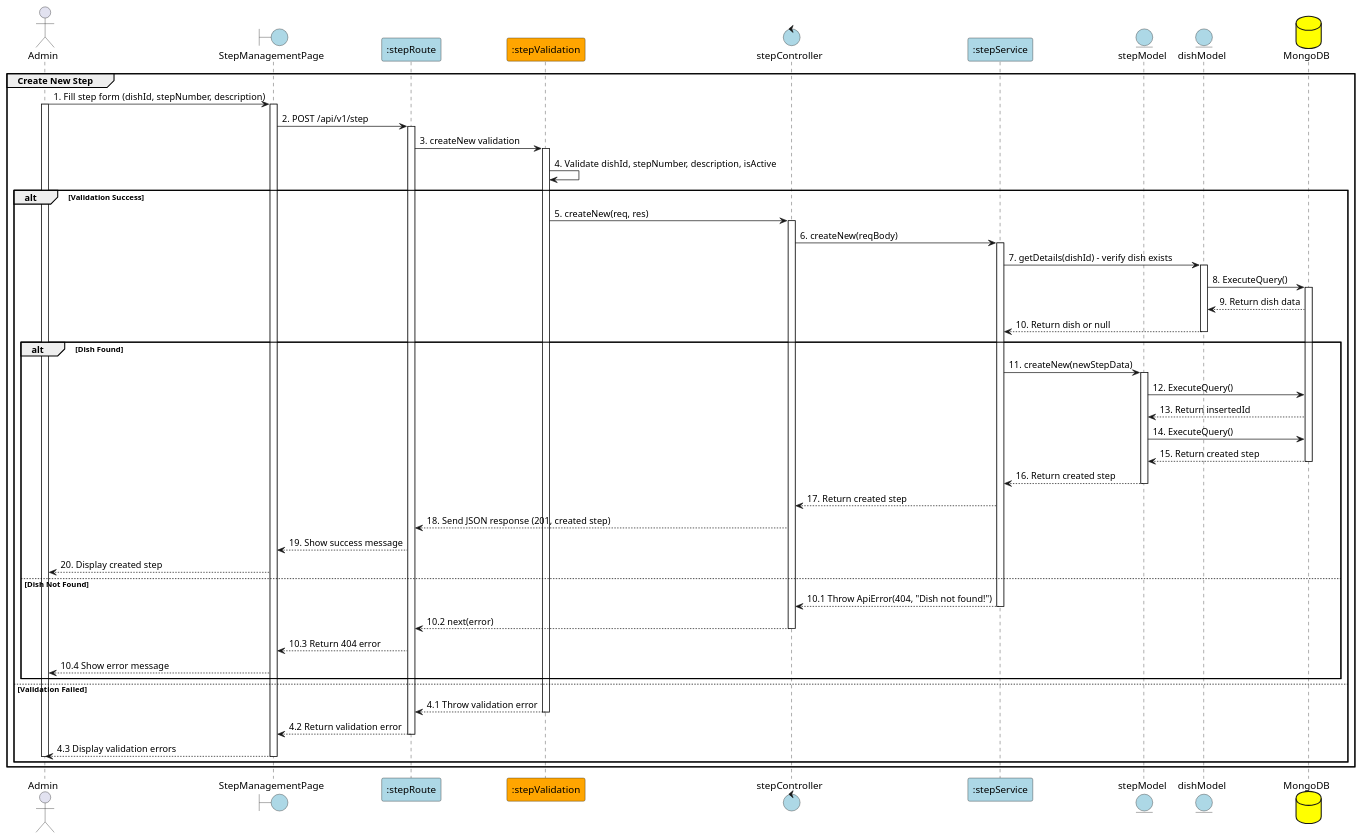
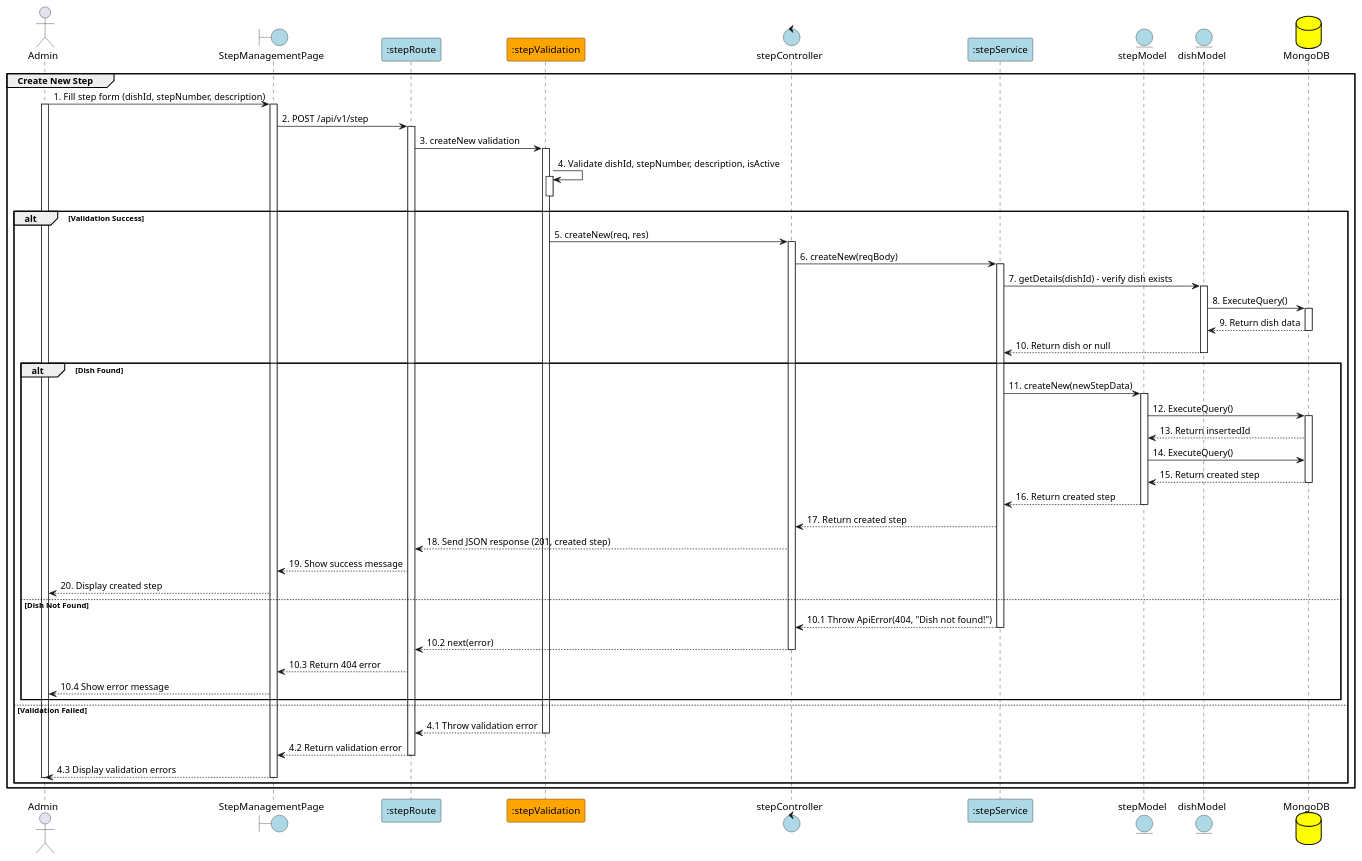
One commit to Aohkne/CaloCook changed the diagram in PlanUML/30_CreateStep.puml. Above: the diagram before and after it, drawn with PlantUML. The commit also changed 18 other files, not shown here.

```diff
--- a/PlanUML/30_CreateStep.puml
+++ b/PlanUML/30_CreateStep.puml
@@ -1,95 +1,97 @@
 @startuml CreateStep
 
 actor "Admin" as Admin
 boundary "StepManagementPage" as View #lightblue
 participant ":stepRoute" as Route #lightblue
 participant ":stepValidation" as Validation #orange
 control "stepController" as Controller #lightblue
 participant ":stepService" as Service #lightblue
 entity "stepModel" as Model #lightblue
 entity "dishModel" as DishModel #lightblue
 database "MongoDB" as MongoDB #yellow
 
 group Create New Step
 Admin -> View: 1. Fill step form (dishId, stepNumber, description)
 activate Admin
 activate View
 
 View -> Route: 2. POST /api/v1/step
 activate Route
 
 Route -> Validation: 3. createNew validation
 activate Validation
 
 Validation -> Validation: 4. Validate dishId, stepNumber, description, isActive
-
+activate Validation
+deactivate Validation
 alt Validation Success
     Validation -> Controller: 5. createNew(req, res)
     activate Controller
 
     Controller -> Service: 6. createNew(reqBody)
     activate Service
 
     Service -> DishModel: 7. getDetails(dishId) - verify dish exists
     activate DishModel
     
     DishModel -> MongoDB: 8. ExecuteQuery()
     activate MongoDB
     
     MongoDB --> DishModel: 9. Return dish data
+    deactivate MongoDB
     
     DishModel --> Service: 10. Return dish or null
     deactivate DishModel
 
     alt Dish Found
         Service -> Model: 11. createNew(newStepData)
         activate Model
 
         Model -> MongoDB: 12. ExecuteQuery()
-
+        activate MongoDB
         MongoDB --> Model: 13. Return insertedId
 
         Model -> MongoDB: 14. ExecuteQuery()
 
         MongoDB --> Model: 15. Return created step
         deactivate MongoDB
 
         Model --> Service: 16. Return created step
         deactivate Model
 
         Service --> Controller: 17. Return created step
 
         Controller --> Route: 18. Send JSON response (201, created step)
 
         Route --> View: 19. Show success message
 
         View --> Admin: 20. Display created step
 
     else Dish Not Found
         Service --> Controller: 10.1 Throw ApiError(404, "Dish not found!")
         deactivate Service
 
         Controller --> Route: 10.2 next(error)
         deactivate Controller
 
         Route --> View: 10.3 Return 404 error
 
         View --> Admin: 10.4 Show error message
 
     end
 
 else Validation Failed
     Validation --> Route: 4.1 Throw validation error
     deactivate Validation
 
     Route --> View: 4.2 Return validation error
     deactivate Route
 
     View --> Admin: 4.3 Display validation errors
     deactivate View
     deactivate Admin
 end
 
 end
 
 @enduml
```
